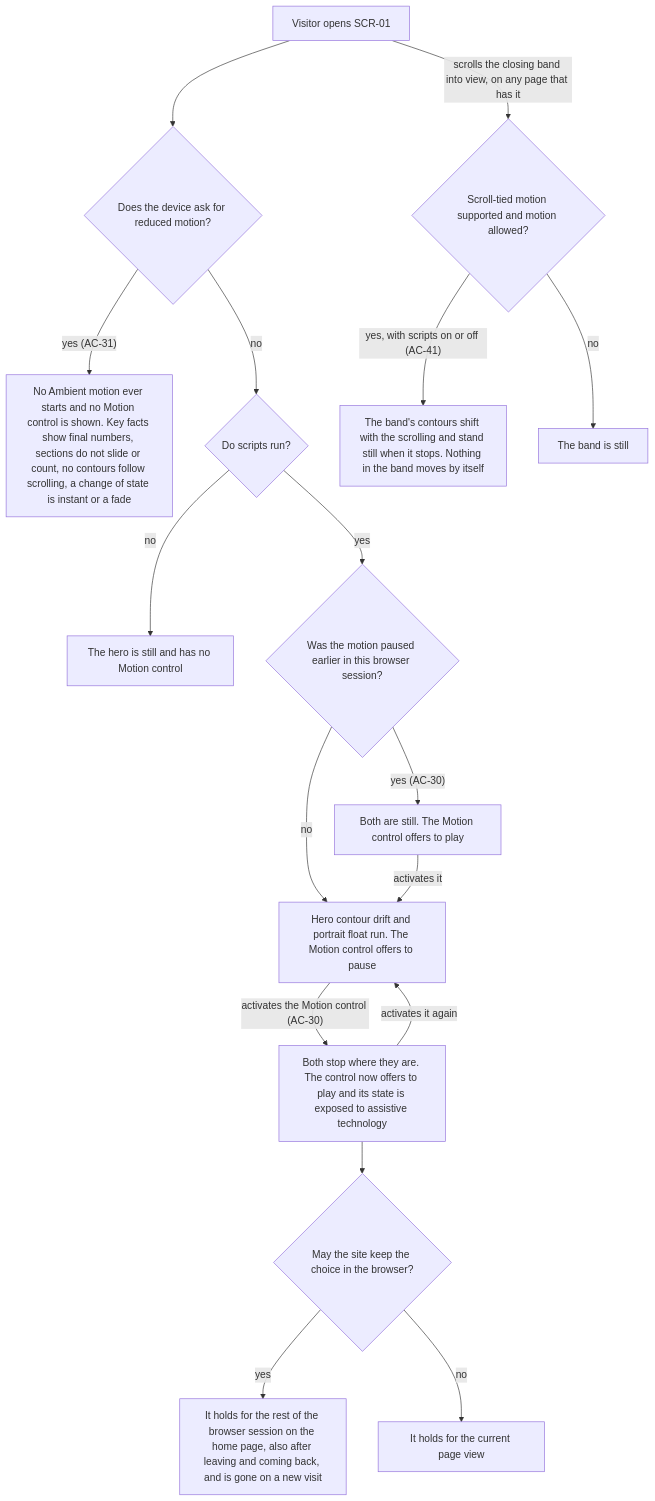
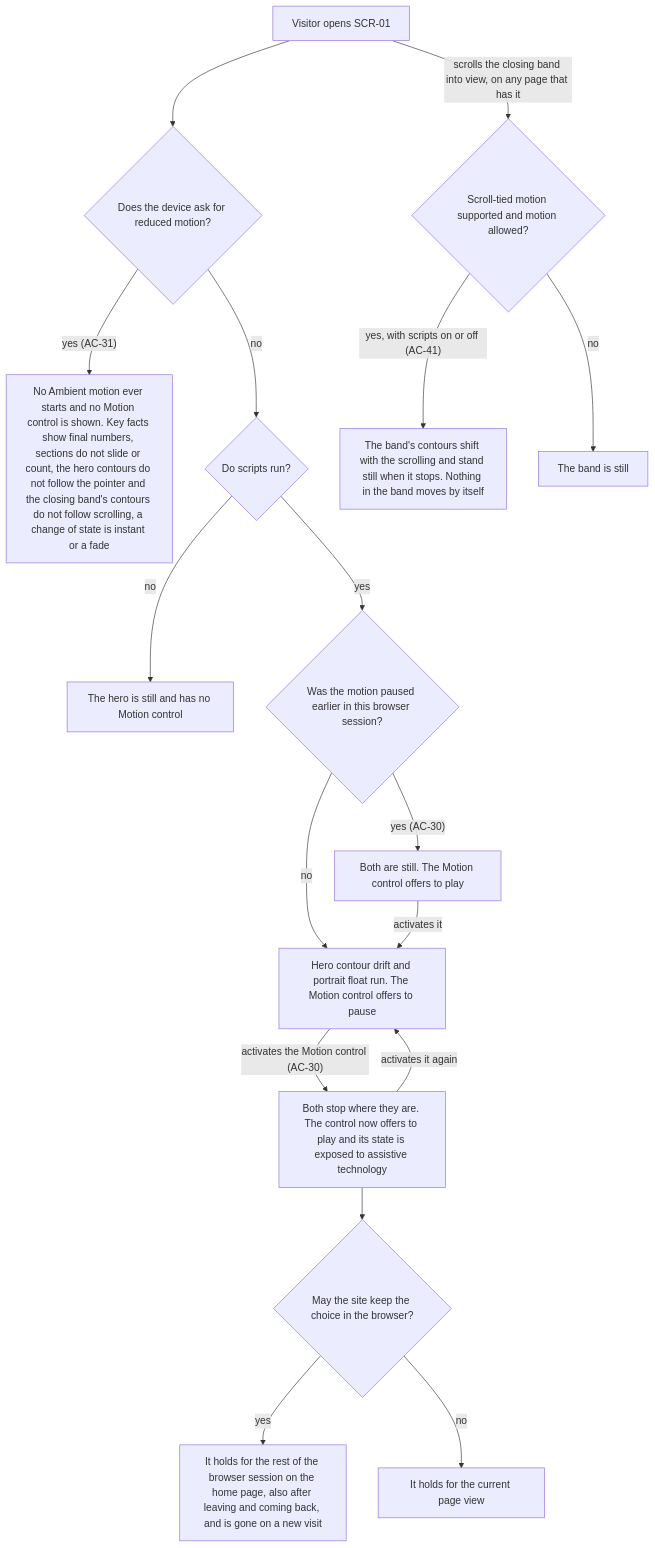
The seventh of 10 diagrams in docs/features/home/ux-flows.md (Ponomaleks/alpon.dev), drawn with Mermaid before and after one commit. The commit also changed other lines of this file and 3 other files, not shown here.

````diff
--- a/docs/features/home/ux-flows.md
+++ b/docs/features/home/ux-flows.md
@@ -167,19 +167,19 @@
 ```mermaid
 flowchart TD
     A["Visitor opens SCR-01"] --> B{"Does the device ask for reduced motion?"}
-    B -->|"yes (AC-31)"| R["No Ambient motion ever starts and no Motion control is shown. Key facts show final numbers, sections do not slide or count, no contours follow scrolling, a change of state is instant or a fade"]
+    B -->|"yes (AC-31)"| R["No Ambient motion ever starts and no Motion control is shown. Key facts show final numbers, sections do not slide or count, the hero contours do not follow the pointer and the closing band's contours do not follow scrolling, a change of state is instant or a fade"]
     B -->|"no"| C{"Do scripts run?"}
     C -->|"no"| S["The hero is still and has no Motion control"]
     C -->|"yes"| D{"Was the motion paused earlier in this browser session?"}
     D -->|"no"| E["Hero contour drift and portrait float run. The Motion control offers to pause"]
     D -->|"yes (AC-30)"| P["Both are still. The Motion control offers to play"]
     E -->|"activates the Motion control (AC-30)"| P2["Both stop where they are. The control now offers to play and its state is exposed to assistive technology"]
     P2 --> K{"May the site keep the choice in the browser?"}
     K -->|"yes"| K1["It holds for the rest of the browser session on the home page, also after leaving and coming back, and is gone on a new visit"]
     K -->|"no"| K2["It holds for the current page view"]
     P2 -->|"activates it again"| E
     P -->|"activates it"| E
     A -->|"scrolls the closing band into view, on any page that has it"| Z{"Scroll-tied motion supported and motion allowed?"}
     Z -->|"yes, with scripts on or off (AC-41)"| Z1["The band's contours shift with the scrolling and stand still when it stops. Nothing in the band moves by itself"]
     Z -->|"no"| Z2["The band is still"]
 ```
````
